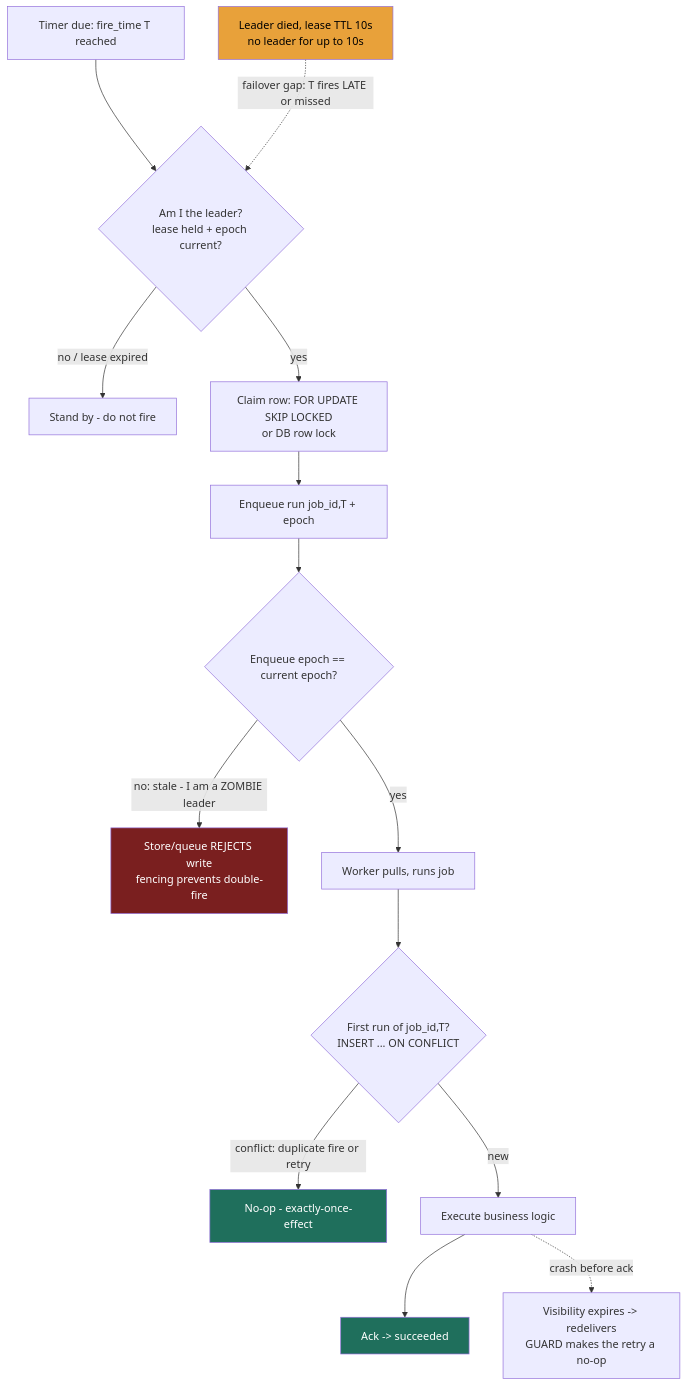
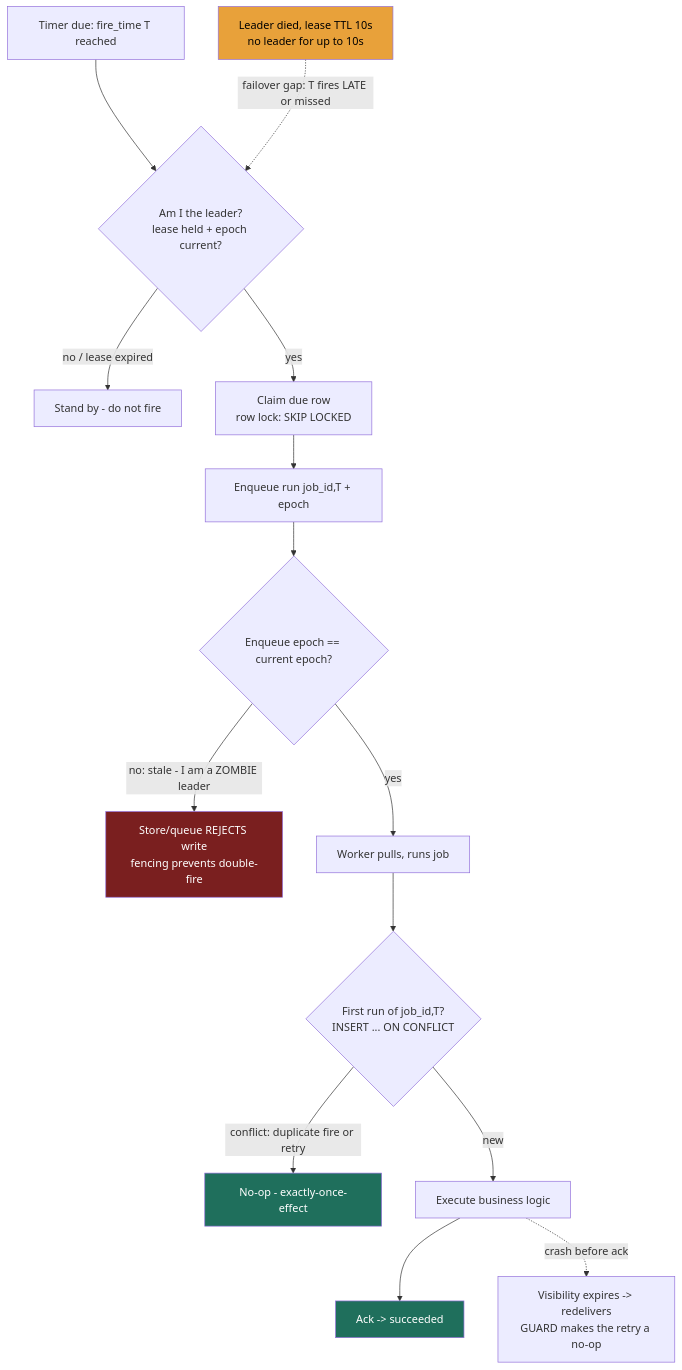
The second of 2 diagrams in src/content/docs/module-3/lesson-3-15.md (hkrathore/sysdesign-course), drawn with Mermaid before and after one commit. The commit also changed other lines of this file and 40 other files, not shown here.

````diff
--- a/src/content/docs/module-3/lesson-3-15.md
+++ b/src/content/docs/module-3/lesson-3-15.md
@@ -119,22 +138,22 @@
 ```mermaid
 flowchart TD
     DUE[Timer due: fire_time T reached] --> LEAD{Am I the leader?<br/>lease held + epoch current?}
     LEAD -->|no / lease expired| STAND[Stand by - do not fire]
-    LEAD -->|yes| CLAIM[Claim row: FOR UPDATE SKIP LOCKED<br/>or DB row lock]
+    LEAD -->|yes| CLAIM[Claim due row<br/>row lock: SKIP LOCKED]
     CLAIM --> ENQ[Enqueue run job_id,T + epoch]
     ENQ --> ZOMBIE{Enqueue epoch == current epoch?}
     ZOMBIE -->|no: stale - I am a ZOMBIE leader| FENCE[Store/queue REJECTS write<br/>fencing prevents double-fire]
     ZOMBIE -->|yes| RUN[Worker pulls, runs job]
     RUN --> GUARD{First run of job_id,T?<br/>INSERT ... ON CONFLICT}
     GUARD -->|conflict: duplicate fire or retry| NOOP[No-op - exactly-once-effect]
     GUARD -->|new| WORK[Execute business logic]
     WORK --> ACKOK[Ack -> succeeded]
     WORK -.crash before ack.-> REDEL[Visibility expires -> redelivers<br/>GUARD makes the retry a no-op]
 
     LEADGAP[Leader died, lease TTL 10s<br/>no leader for up to 10s] -.failover gap: T fires LATE or missed.-> LEAD
 
     style FENCE fill:#7a1f1f,color:#fff
     style NOOP fill:#1f6f5c,color:#fff
     style ACKOK fill:#1f6f5c,color:#fff
     style LEADGAP fill:#e8a13a,color:#000
 ```
````
